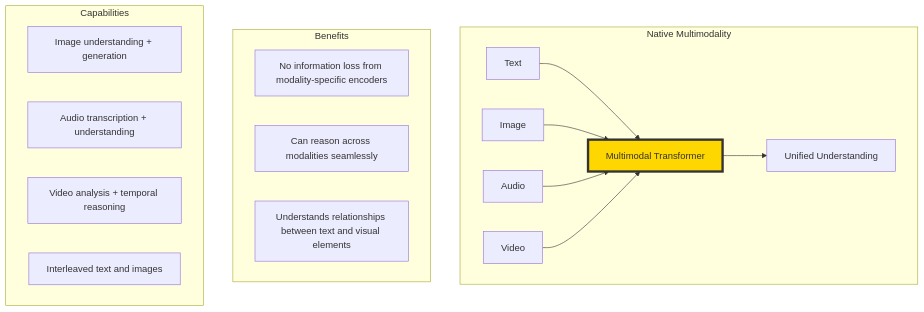
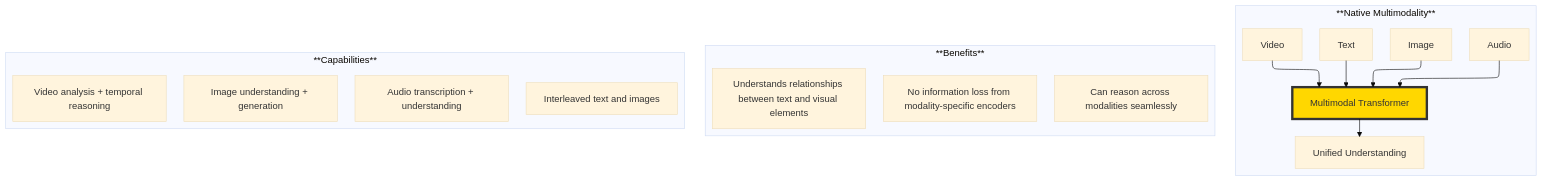
Before and after one commit to Vineet-Sharma-Medium-Stories/Medium-Build-Tool: the fourth of 4 diagrams in The 2026 AI Metromap/The 2026 AI Metromap: Multimodal Models – The Interchange Stations.md, drawn with Mermaid. The commit also changed other lines of this file and 37 other files, not shown here.

````diff
--- a/The 2026 AI Metromap/The 2026 AI Metromap: Multimodal Models – The Interchange Stations.md
+++ b/The 2026 AI Metromap/The 2026 AI Metromap: Multimodal Models – The Interchange Stations.md
@@ -400,26 +417,31 @@
 ```mermaid
+---
+config:
+  theme: base
+  layout: elk
+---
 graph TD
-    subgraph "Native Multimodality"
+    subgraph "**Native Multimodality**"
         T[Text] --> M[Multimodal Transformer]
         I[Image] --> M
         A[Audio] --> M
         V[Video] --> M
         
         M --> O[Unified Understanding]
     end
     
-    subgraph "Benefits"
+    subgraph "**Benefits**"
         B1[No information loss from modality-specific encoders]
         B2[Can reason across modalities seamlessly]
         B3[Understands relationships between text and visual elements]
     end
     
-    subgraph "Capabilities"
+    subgraph "**Capabilities**"
         C1[Image understanding + generation]
         C2[Audio transcription + understanding]
         C3[Video analysis + temporal reasoning]
         C4[Interleaved text and images]
     end
     
     style M fill:#ffd700,stroke:#333,stroke-width:4px
 ```
````
